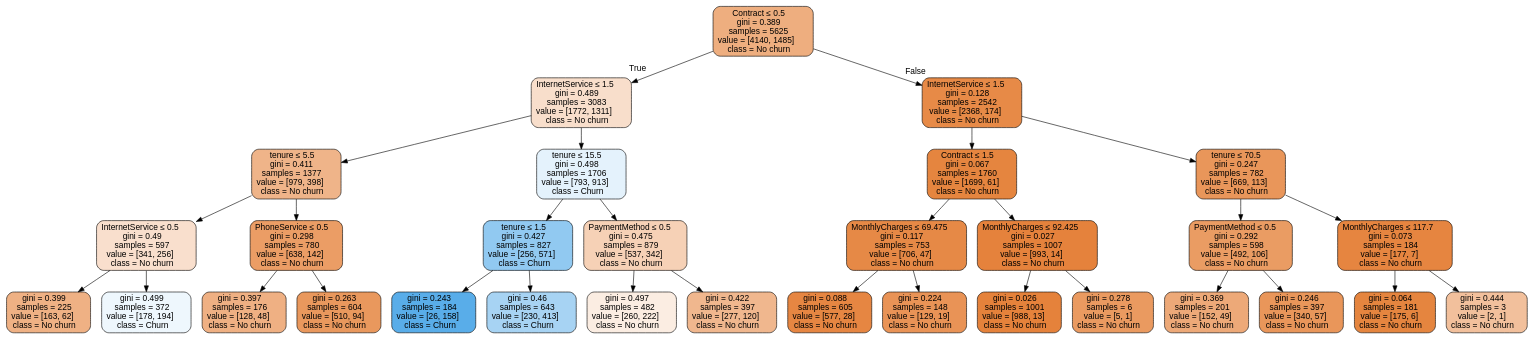
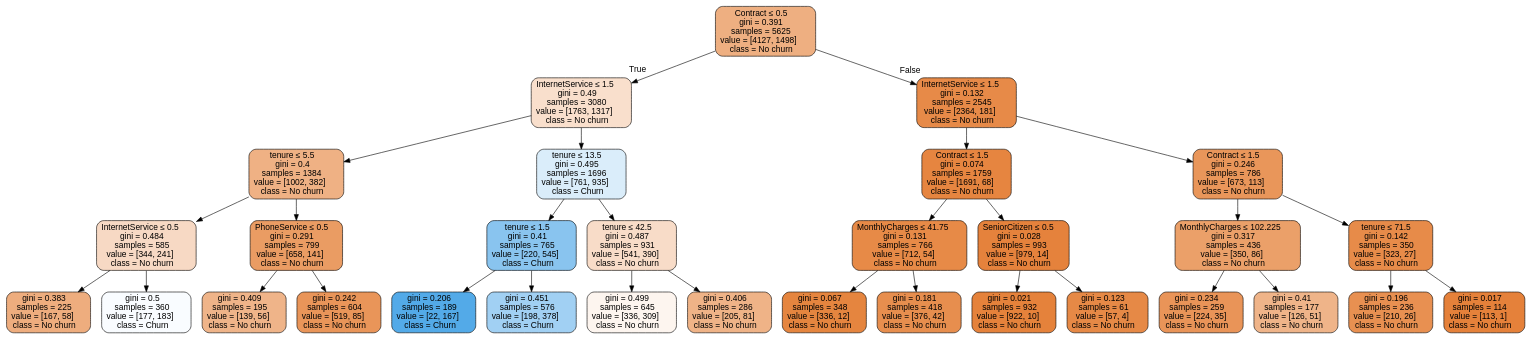
The diagram in decision_tree.gv (smarty1palak/Customer_Churn_Prediction), drawn with Graphviz before and after one commit. The commit also changed 7 other files, not shown here.

```diff
--- a/decision_tree.gv
+++ b/decision_tree.gv
@@ -1,65 +1,65 @@
 digraph Tree {
 node [shape=box, style="filled, rounded", color="black", fontname=helvetica] ;
 edge [fontname=helvetica] ;
-0 [label=<Contract &le; 0.5<br/>gini = 0.389<br/>samples = 5625<br/>value = [4140, 1485]<br/>class = No churn>, fillcolor="#e58139a4"] ;
-1 [label=<InternetService &le; 1.5<br/>gini = 0.489<br/>samples = 3083<br/>value = [1772, 1311]<br/>class = No churn>, fillcolor="#e5813942"] ;
+0 [label=<Contract &le; 0.5<br/>gini = 0.391<br/>samples = 5625<br/>value = [4127, 1498]<br/>class = No churn>, fillcolor="#e58139a2"] ;
+1 [label=<InternetService &le; 1.5<br/>gini = 0.49<br/>samples = 3080<br/>value = [1763, 1317]<br/>class = No churn>, fillcolor="#e5813941"] ;
 0 -> 1 [labeldistance=2.5, labelangle=45, headlabel="True"] ;
-2 [label=<tenure &le; 5.5<br/>gini = 0.411<br/>samples = 1377<br/>value = [979, 398]<br/>class = No churn>, fillcolor="#e5813997"] ;
+2 [label=<tenure &le; 5.5<br/>gini = 0.4<br/>samples = 1384<br/>value = [1002, 382]<br/>class = No churn>, fillcolor="#e581399e"] ;
 1 -> 2 ;
-3 [label=<InternetService &le; 0.5<br/>gini = 0.49<br/>samples = 597<br/>value = [341, 256]<br/>class = No churn>, fillcolor="#e5813940"] ;
+3 [label=<InternetService &le; 0.5<br/>gini = 0.484<br/>samples = 585<br/>value = [344, 241]<br/>class = No churn>, fillcolor="#e581394c"] ;
 2 -> 3 ;
-4 [label=<gini = 0.399<br/>samples = 225<br/>value = [163, 62]<br/>class = No churn>, fillcolor="#e581399e"] ;
+4 [label=<gini = 0.383<br/>samples = 225<br/>value = [167, 58]<br/>class = No churn>, fillcolor="#e58139a6"] ;
 3 -> 4 ;
-5 [label=<gini = 0.499<br/>samples = 372<br/>value = [178, 194]<br/>class = Churn>, fillcolor="#399de515"] ;
+5 [label=<gini = 0.5<br/>samples = 360<br/>value = [177, 183]<br/>class = Churn>, fillcolor="#399de508"] ;
 3 -> 5 ;
-6 [label=<PhoneService &le; 0.5<br/>gini = 0.298<br/>samples = 780<br/>value = [638, 142]<br/>class = No churn>, fillcolor="#e58139c6"] ;
+6 [label=<PhoneService &le; 0.5<br/>gini = 0.291<br/>samples = 799<br/>value = [658, 141]<br/>class = No churn>, fillcolor="#e58139c8"] ;
 2 -> 6 ;
-7 [label=<gini = 0.397<br/>samples = 176<br/>value = [128, 48]<br/>class = No churn>, fillcolor="#e581399f"] ;
+7 [label=<gini = 0.409<br/>samples = 195<br/>value = [139, 56]<br/>class = No churn>, fillcolor="#e5813998"] ;
 6 -> 7 ;
-8 [label=<gini = 0.263<br/>samples = 604<br/>value = [510, 94]<br/>class = No churn>, fillcolor="#e58139d0"] ;
+8 [label=<gini = 0.242<br/>samples = 604<br/>value = [519, 85]<br/>class = No churn>, fillcolor="#e58139d5"] ;
 6 -> 8 ;
-9 [label=<tenure &le; 15.5<br/>gini = 0.498<br/>samples = 1706<br/>value = [793, 913]<br/>class = Churn>, fillcolor="#399de522"] ;
+9 [label=<tenure &le; 13.5<br/>gini = 0.495<br/>samples = 1696<br/>value = [761, 935]<br/>class = Churn>, fillcolor="#399de52f"] ;
 1 -> 9 ;
-10 [label=<tenure &le; 1.5<br/>gini = 0.427<br/>samples = 827<br/>value = [256, 571]<br/>class = Churn>, fillcolor="#399de58d"] ;
+10 [label=<tenure &le; 1.5<br/>gini = 0.41<br/>samples = 765<br/>value = [220, 545]<br/>class = Churn>, fillcolor="#399de598"] ;
 9 -> 10 ;
-11 [label=<gini = 0.243<br/>samples = 184<br/>value = [26, 158]<br/>class = Churn>, fillcolor="#399de5d5"] ;
+11 [label=<gini = 0.206<br/>samples = 189<br/>value = [22, 167]<br/>class = Churn>, fillcolor="#399de5dd"] ;
 10 -> 11 ;
-12 [label=<gini = 0.46<br/>samples = 643<br/>value = [230, 413]<br/>class = Churn>, fillcolor="#399de571"] ;
+12 [label=<gini = 0.451<br/>samples = 576<br/>value = [198, 378]<br/>class = Churn>, fillcolor="#399de579"] ;
 10 -> 12 ;
-13 [label=<PaymentMethod &le; 0.5<br/>gini = 0.475<br/>samples = 879<br/>value = [537, 342]<br/>class = No churn>, fillcolor="#e581395d"] ;
+13 [label=<tenure &le; 42.5<br/>gini = 0.487<br/>samples = 931<br/>value = [541, 390]<br/>class = No churn>, fillcolor="#e5813947"] ;
 9 -> 13 ;
-14 [label=<gini = 0.497<br/>samples = 482<br/>value = [260, 222]<br/>class = No churn>, fillcolor="#e5813925"] ;
+14 [label=<gini = 0.499<br/>samples = 645<br/>value = [336, 309]<br/>class = No churn>, fillcolor="#e5813914"] ;
 13 -> 14 ;
-15 [label=<gini = 0.422<br/>samples = 397<br/>value = [277, 120]<br/>class = No churn>, fillcolor="#e5813991"] ;
+15 [label=<gini = 0.406<br/>samples = 286<br/>value = [205, 81]<br/>class = No churn>, fillcolor="#e581399a"] ;
 13 -> 15 ;
-16 [label=<InternetService &le; 1.5<br/>gini = 0.128<br/>samples = 2542<br/>value = [2368, 174]<br/>class = No churn>, fillcolor="#e58139ec"] ;
+16 [label=<InternetService &le; 1.5<br/>gini = 0.132<br/>samples = 2545<br/>value = [2364, 181]<br/>class = No churn>, fillcolor="#e58139eb"] ;
 0 -> 16 [labeldistance=2.5, labelangle=-45, headlabel="False"] ;
-17 [label=<Contract &le; 1.5<br/>gini = 0.067<br/>samples = 1760<br/>value = [1699, 61]<br/>class = No churn>, fillcolor="#e58139f6"] ;
+17 [label=<Contract &le; 1.5<br/>gini = 0.074<br/>samples = 1759<br/>value = [1691, 68]<br/>class = No churn>, fillcolor="#e58139f5"] ;
 16 -> 17 ;
-18 [label=<MonthlyCharges &le; 69.475<br/>gini = 0.117<br/>samples = 753<br/>value = [706, 47]<br/>class = No churn>, fillcolor="#e58139ee"] ;
+18 [label=<MonthlyCharges &le; 41.75<br/>gini = 0.131<br/>samples = 766<br/>value = [712, 54]<br/>class = No churn>, fillcolor="#e58139ec"] ;
 17 -> 18 ;
-19 [label=<gini = 0.088<br/>samples = 605<br/>value = [577, 28]<br/>class = No churn>, fillcolor="#e58139f3"] ;
+19 [label=<gini = 0.067<br/>samples = 348<br/>value = [336, 12]<br/>class = No churn>, fillcolor="#e58139f6"] ;
 18 -> 19 ;
-20 [label=<gini = 0.224<br/>samples = 148<br/>value = [129, 19]<br/>class = No churn>, fillcolor="#e58139d9"] ;
+20 [label=<gini = 0.181<br/>samples = 418<br/>value = [376, 42]<br/>class = No churn>, fillcolor="#e58139e3"] ;
 18 -> 20 ;
-21 [label=<MonthlyCharges &le; 92.425<br/>gini = 0.027<br/>samples = 1007<br/>value = [993, 14]<br/>class = No churn>, fillcolor="#e58139fb"] ;
+21 [label=<SeniorCitizen &le; 0.5<br/>gini = 0.028<br/>samples = 993<br/>value = [979, 14]<br/>class = No churn>, fillcolor="#e58139fb"] ;
 17 -> 21 ;
-22 [label=<gini = 0.026<br/>samples = 1001<br/>value = [988, 13]<br/>class = No churn>, fillcolor="#e58139fc"] ;
+22 [label=<gini = 0.021<br/>samples = 932<br/>value = [922, 10]<br/>class = No churn>, fillcolor="#e58139fc"] ;
 21 -> 22 ;
-23 [label=<gini = 0.278<br/>samples = 6<br/>value = [5, 1]<br/>class = No churn>, fillcolor="#e58139cc"] ;
+23 [label=<gini = 0.123<br/>samples = 61<br/>value = [57, 4]<br/>class = No churn>, fillcolor="#e58139ed"] ;
 21 -> 23 ;
-24 [label=<tenure &le; 70.5<br/>gini = 0.247<br/>samples = 782<br/>value = [669, 113]<br/>class = No churn>, fillcolor="#e58139d4"] ;
+24 [label=<Contract &le; 1.5<br/>gini = 0.246<br/>samples = 786<br/>value = [673, 113]<br/>class = No churn>, fillcolor="#e58139d4"] ;
 16 -> 24 ;
-25 [label=<PaymentMethod &le; 0.5<br/>gini = 0.292<br/>samples = 598<br/>value = [492, 106]<br/>class = No churn>, fillcolor="#e58139c8"] ;
+25 [label=<MonthlyCharges &le; 102.225<br/>gini = 0.317<br/>samples = 436<br/>value = [350, 86]<br/>class = No churn>, fillcolor="#e58139c0"] ;
 24 -> 25 ;
-26 [label=<gini = 0.369<br/>samples = 201<br/>value = [152, 49]<br/>class = No churn>, fillcolor="#e58139ad"] ;
+26 [label=<gini = 0.234<br/>samples = 259<br/>value = [224, 35]<br/>class = No churn>, fillcolor="#e58139d7"] ;
 25 -> 26 ;
-27 [label=<gini = 0.246<br/>samples = 397<br/>value = [340, 57]<br/>class = No churn>, fillcolor="#e58139d4"] ;
+27 [label=<gini = 0.41<br/>samples = 177<br/>value = [126, 51]<br/>class = No churn>, fillcolor="#e5813998"] ;
 25 -> 27 ;
-28 [label=<MonthlyCharges &le; 117.7<br/>gini = 0.073<br/>samples = 184<br/>value = [177, 7]<br/>class = No churn>, fillcolor="#e58139f5"] ;
+28 [label=<tenure &le; 71.5<br/>gini = 0.142<br/>samples = 350<br/>value = [323, 27]<br/>class = No churn>, fillcolor="#e58139ea"] ;
 24 -> 28 ;
-29 [label=<gini = 0.064<br/>samples = 181<br/>value = [175, 6]<br/>class = No churn>, fillcolor="#e58139f6"] ;
+29 [label=<gini = 0.196<br/>samples = 236<br/>value = [210, 26]<br/>class = No churn>, fillcolor="#e58139df"] ;
 28 -> 29 ;
-30 [label=<gini = 0.444<br/>samples = 3<br/>value = [2, 1]<br/>class = No churn>, fillcolor="#e581397f"] ;
+30 [label=<gini = 0.017<br/>samples = 114<br/>value = [113, 1]<br/>class = No churn>, fillcolor="#e58139fd"] ;
 28 -> 30 ;
 }
```
